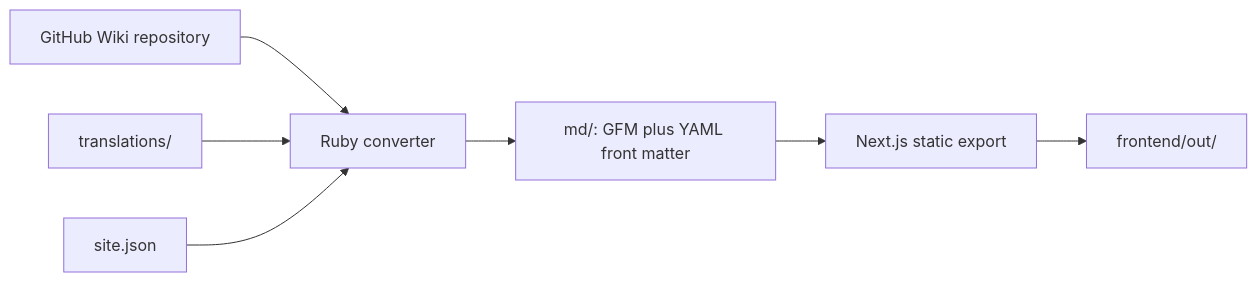
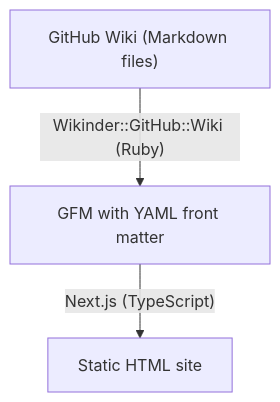
Before and after one commit to yuuki7/github-wiki-to-html: the diagram in README.md, drawn with Mermaid. The commit also changed other lines of this file and 4 other files, not shown here.

````diff
--- a/README.md
+++ b/README.md
@@ -46,9 +69,5 @@
 ```mermaid
-graph LR
-  A[GitHub Wiki repository] --> C[ Ruby converter ]
-  B[translations/] --> C
-  D[site.json] --> C
-  C --> E[md/: GFM plus YAML front matter]
-  E --> F[Next.js static export]
-  F --> G[frontend/out/]
+graph TD
+    A["GitHub Wiki (Markdown files)"] -->|"Wikinder::GitHub::Wiki (Ruby)"| B["GFM with YAML front matter"]
+    B -->|"Next.js (TypeScript)"| C["Static HTML site"]
 ```
````
